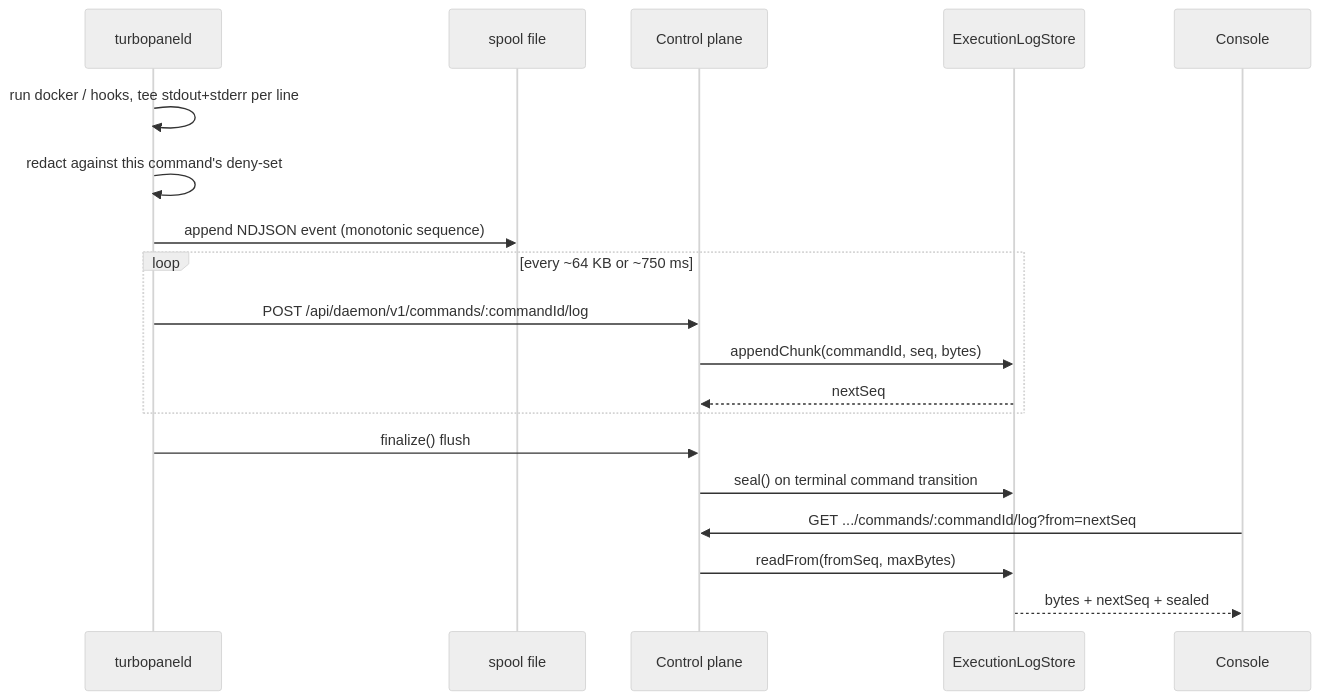
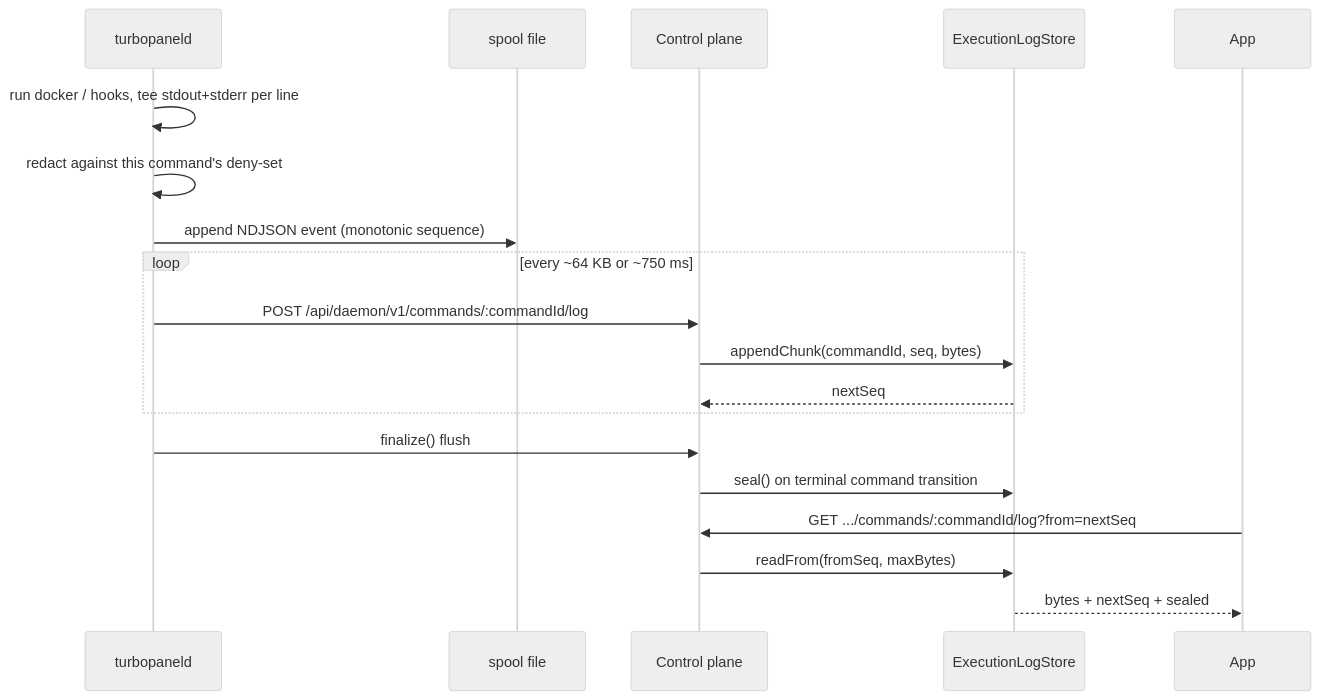
One commit to TurboPanel/website changed the diagram in docs/architecture/deployment-logs.mdx. Above: the diagram before and after it, drawn with Mermaid (neutral theme). The commit also changed 14 other files, not shown here.

First line of the commit message:
docs: use app, control plane and site owner's Linux user in the architecture and security pages (#127)

````diff
--- a/docs/architecture/deployment-logs.mdx
+++ b/docs/architecture/deployment-logs.mdx
@@ -22,21 +22,21 @@
 ```mermaid
 sequenceDiagram
     participant D as turbopaneld
     participant S as spool file
     participant CP as Control plane
     participant ST as ExecutionLogStore
-    participant UI as Console
+    participant UI as App
     D->>D: run docker / hooks, tee stdout+stderr per line
     D->>D: redact against this command's deny-set
     D->>S: append NDJSON event (monotonic sequence)
     loop every ~64 KB or ~750 ms
         D->>CP: POST /api/daemon/v1/commands/:commandId/log
         CP->>ST: appendChunk(commandId, seq, bytes)
         ST-->>CP: nextSeq
     end
     D->>CP: finalize() flush
     CP->>ST: seal() on terminal command transition
     UI->>CP: GET .../commands/:commandId/log?from=nextSeq
     CP->>ST: readFrom(fromSeq, maxBytes)
     ST-->>UI: bytes + nextSeq + sealed
 ```
````
